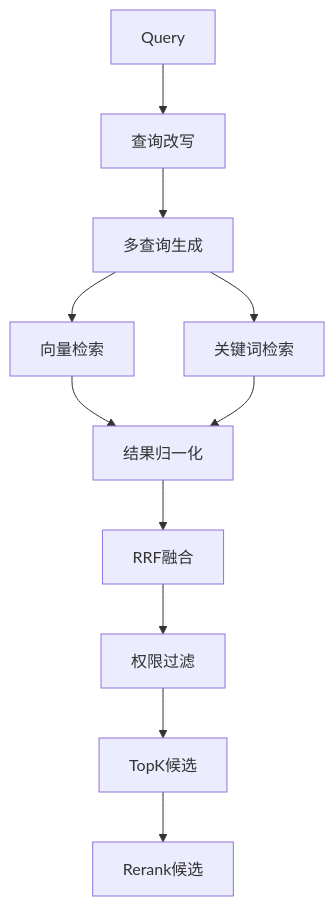
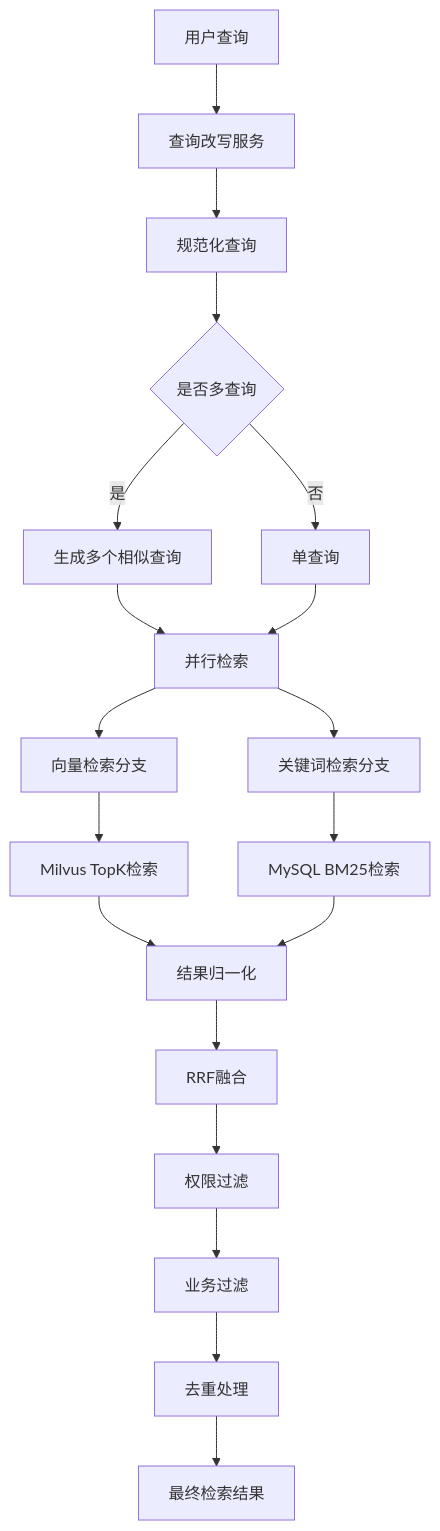
The diagram in docs/06-混合检索.md (zhaoyuhanga/ragKnowledgeBase), drawn with Mermaid before and after one commit. The commit also changed other lines of this file and 209 other files, not shown here.

````diff
--- a/docs/06-混合检索.md
+++ b/docs/06-混合检索.md
@@ -62,13 +73,21 @@
 ```mermaid
 flowchart TD
-    A[Query] --> B[查询改写]
-    B --> C[多查询生成]
-    C --> D[向量检索]
-    C --> E[关键词检索]
-    D --> F[结果归一化]
-    E --> F
-    F --> G[RRF融合]
-    G --> H[权限过滤]
-    H --> I[TopK候选]
-    I --> J[Rerank候选]
+    A[用户查询] --> B[查询改写服务]
+    B --> C[规范化查询]
+    C --> D{是否多查询}
+    D -- 是 --> E[生成多个相似查询]
+    D -- 否 --> F[单查询]
+    E --> G[并行检索]
+    F --> G
+    G --> H1[向量检索分支]
+    G --> H2[关键词检索分支]
+    H1 --> I1[Milvus TopK检索]
+    H2 --> I2[MySQL BM25检索]
+    I1 --> J[结果归一化]
+    I2 --> J
+    J --> K[RRF融合]
+    K --> L[权限过滤]
+    L --> M[业务过滤]
+    M --> N[去重处理]
+    N --> O[最终检索结果]
 ```
````
